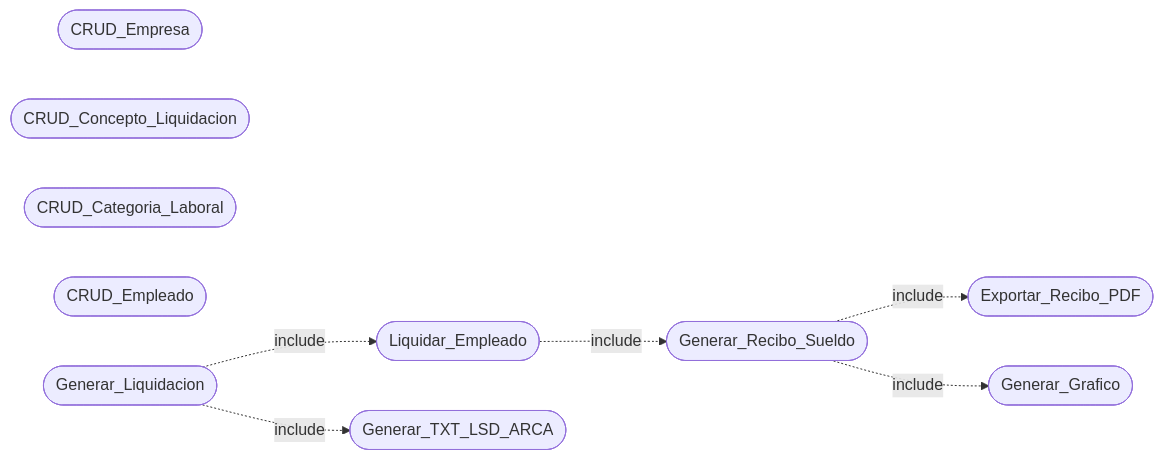
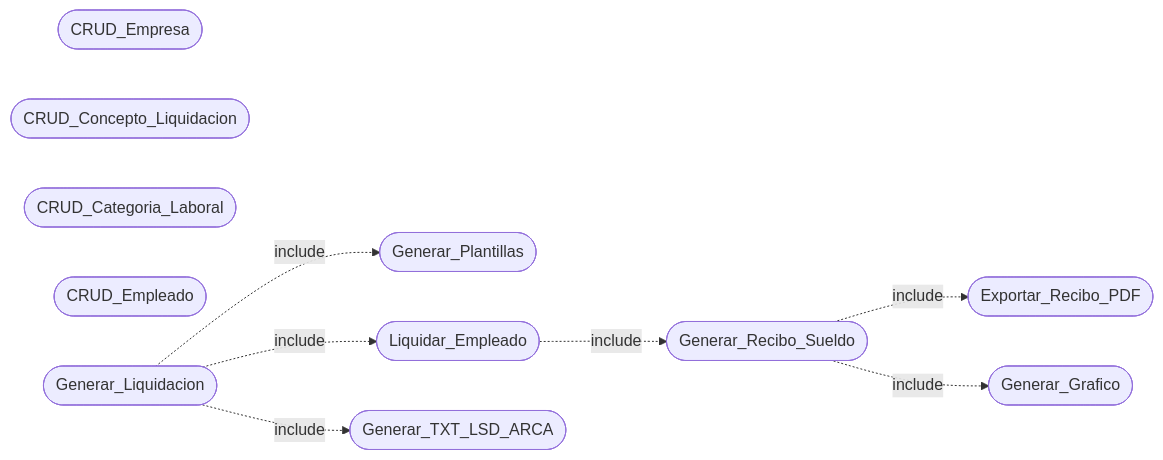
One commit to IgnacioAusili/ms_contable changed the first of 2 diagrams in docs/spec.md. Above: the diagram before and after it, drawn with Mermaid. The commit also changed other lines of this file and 22 other files, not shown here.

First line of the commit message:
feat: agregar funcionalidad de plantillas para liquidacion

````diff
--- a/docs/spec.md
+++ b/docs/spec.md
@@ -36,23 +36,25 @@
 ```mermaid
 flowchart LR
     CRUD_Empresa([CRUD_Empresa])
     CRUD_Concepto_Liquidacion([CRUD_Concepto_Liquidacion])
     CRUD_Categoria_Laboral([CRUD_Categoria_Laboral])
     CRUD_Empleado([CRUD_Empleado])
 
+    Generar_Plantillas([Generar_Plantillas])
     Generar_Liquidacion([Generar_Liquidacion])
     Liquidar_Empleado([Liquidar_Empleado])
 
     Generar_Recibo_Sueldo([Generar_Recibo_Sueldo])
     Exportar_Recibo_PDF([Exportar_Recibo_PDF])
     Generar_Grafico([Generar_Grafico])
 
     Generar_TXT_LSD_ARCA([Generar_TXT_LSD_ARCA])
 
+    Generar_Liquidacion -.->|include| Generar_Plantillas
     Generar_Liquidacion -.->|include| Liquidar_Empleado
     Liquidar_Empleado -.->|include| Generar_Recibo_Sueldo
     Generar_Recibo_Sueldo -.->|include| Exportar_Recibo_PDF
     Generar_Recibo_Sueldo -.->|include| Generar_Grafico
 
     Generar_Liquidacion -.->|include| Generar_TXT_LSD_ARCA
 ```
````
